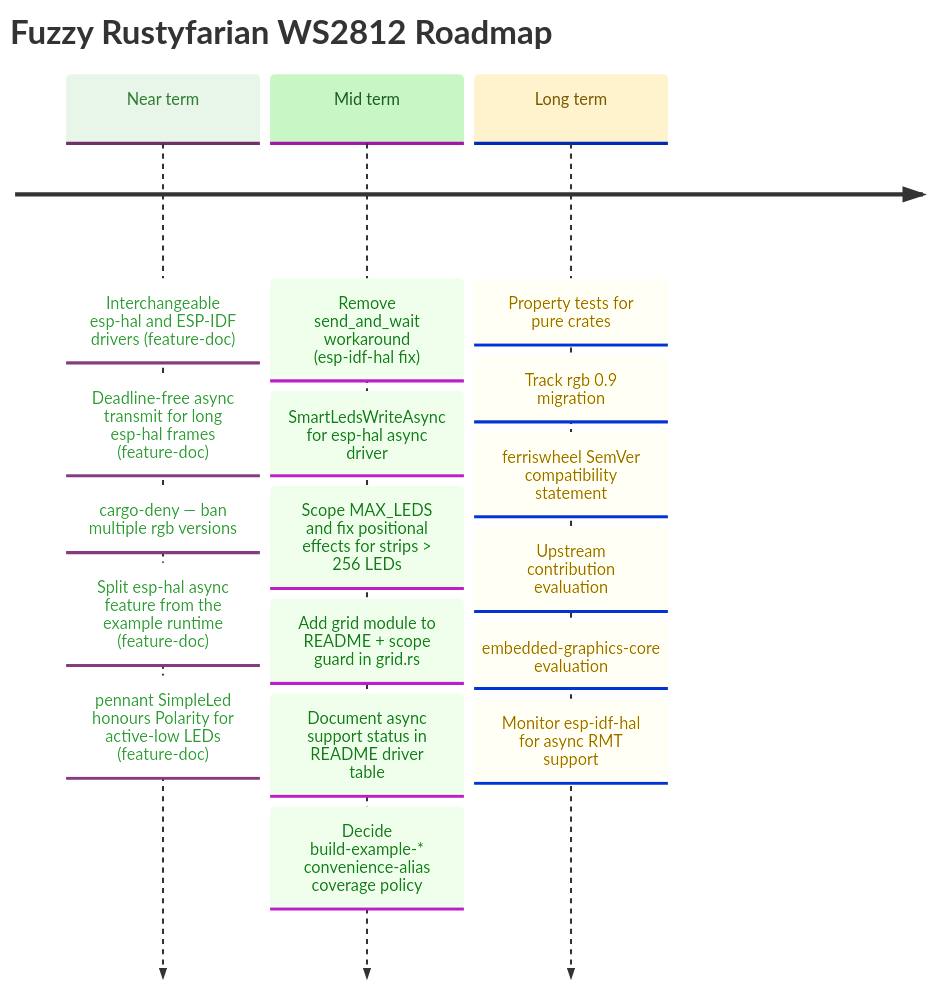
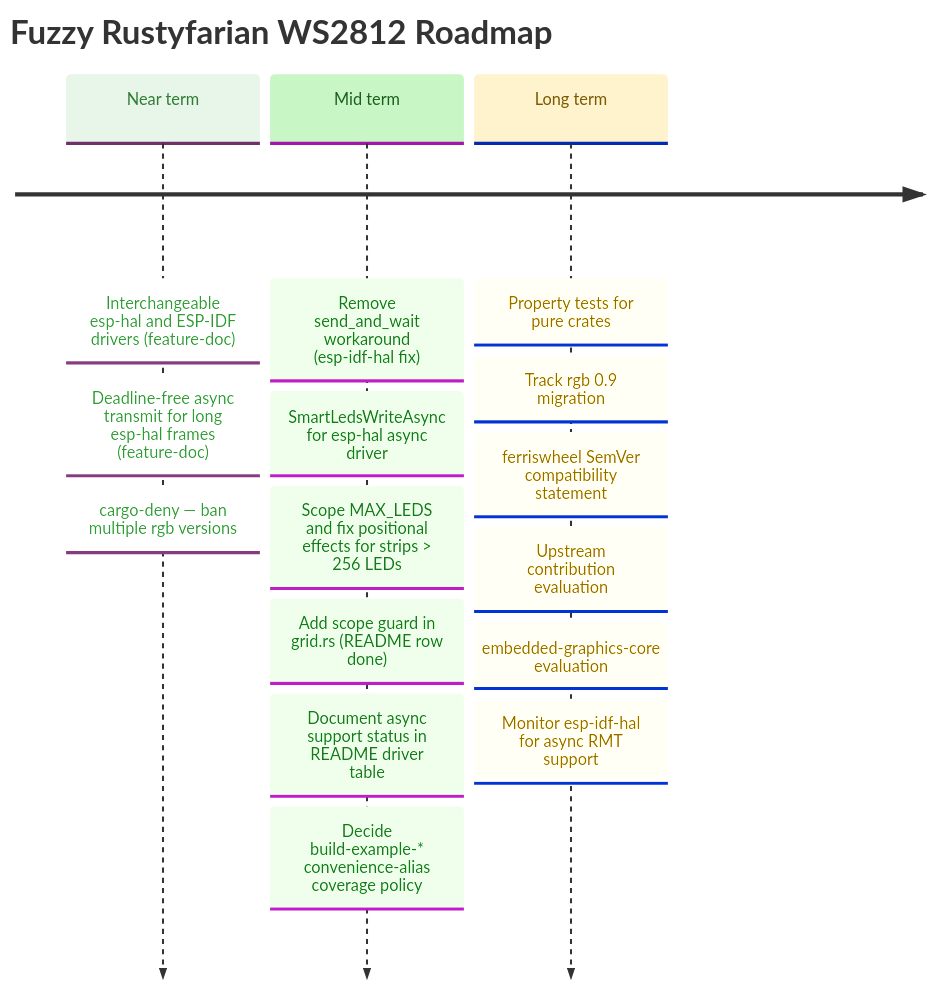
Before and after one commit to datenkollektiv/rustyfarian-ws2812: the diagram in docs/ROADMAP.md, drawn with Mermaid. The commit also changed other lines of this file and 10 other files, not shown here.

Commit message:
Roadmap Hygiene - 2026-11-02

````diff
--- a/docs/ROADMAP.md
+++ b/docs/ROADMAP.md
@@ -30,38 +30,36 @@
 ```mermaid
 %%{init: {
   "theme": "base",
   "themeVariables": {
     "cScale0": "#e8f5e9",
     "cScaleLabel0": "#2e7d32",
     "cScale1": "#c8f7c5",
     "cScaleLabel1": "#1b5e20",
     "cScale2": "#fff3cd",
     "cScaleLabel2": "#7a5a00",
     "cScale3": "#e3f2fd",
     "cScaleLabel3": "#0d47a1"
   }
 }}%%
 
 timeline
     title Fuzzy Rustyfarian WS2812 Roadmap
 
     Near term : Interchangeable esp-hal and ESP-IDF drivers (feature-doc)
               : Deadline-free async transmit for long esp-hal frames (feature-doc)
               : cargo-deny — ban multiple rgb versions
-              : Split esp-hal async feature from the example runtime (feature-doc)
-              : pennant SimpleLed honours Polarity for active-low LEDs (feature-doc)
 
     Mid term  : Remove send_and_wait workaround (esp-idf-hal fix)
               : SmartLedsWriteAsync for esp-hal async driver
               : Scope MAX_LEDS and fix positional effects for strips > 256 LEDs
-              : Add grid module to README + scope guard in grid.rs
+              : Add scope guard in grid.rs (README row done)
               : Document async support status in README driver table
               : Decide build-example-* convenience-alias coverage policy
 
     Long term : Property tests for pure crates
               : Track rgb 0.9 migration
               : ferriswheel SemVer compatibility statement
               : Upstream contribution evaluation
               : embedded-graphics-core evaluation
               : Monitor esp-idf-hal for async RMT support
 ```
````
